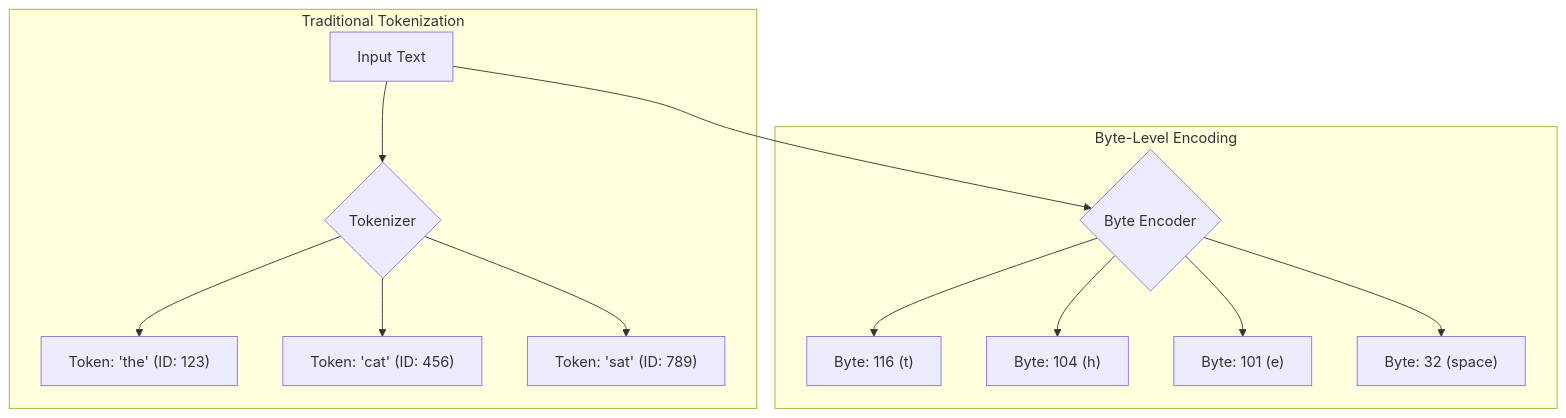
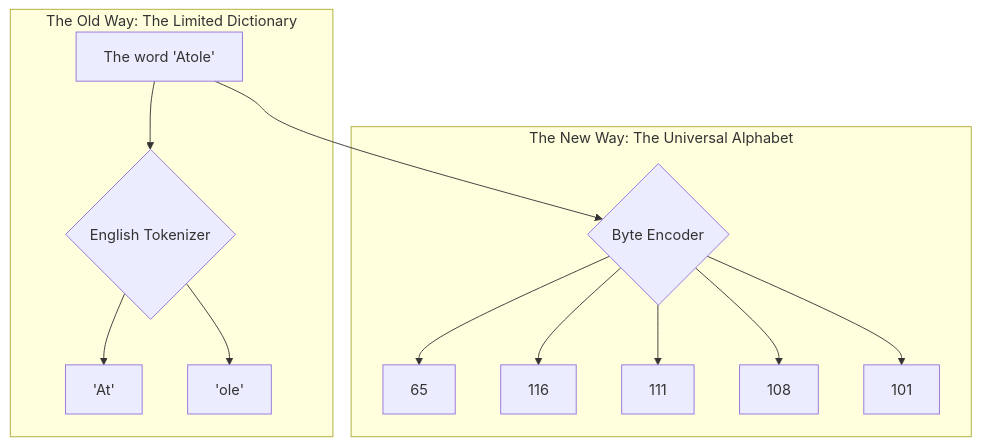
The first of 3 diagrams in _posts/2025-08-22-analyzing-bytes-for-llms.md (eltay89/eltay89.github.io), drawn with Mermaid before and after one commit. The commit also changed other lines of this file, not shown here.

````diff
--- a/_posts/2025-08-22-analyzing-bytes-for-llms.md
+++ b/_posts/2025-08-22-analyzing-bytes-for-llms.md
@@ -31,16 +28,17 @@
 ```mermaid
 graph TD
-    subgraph "Traditional Tokenization"
-        Input["Input Text"] --> Tokenizer{"Tokenizer"};
-        Tokenizer --> Token1["Token: 'the' (ID: 123)"];
-        Tokenizer --> Token2["Token: 'cat' (ID: 456)"];
-        Tokenizer --> Token3["Token: 'sat' (ID: 789)"];
+    subgraph "The Old Way: The Limited Dictionary"
+        A["The word 'Atole'" ] --> B{"English Tokenizer"};
+        B --> C["'At'"];
+        B --> D["'ole'"];
     end
-    subgraph "Byte-Level Encoding"
-        Input --> Encoder{"Byte Encoder"};
-        Encoder --> Byte1["Byte: 116 (t)"];
-        Encoder --> Byte2["Byte: 104 (h)"];
-        Encoder --> Byte3["Byte: 101 (e)"];
-        Encoder --> Byte4["Byte: 32 (space)"];
+
+    subgraph "The New Way: The Universal Alphabet"
+        A --> F{"Byte Encoder"};
+        F --> G["65"];
+        F --> H["116"];
+        F --> I["111"];
+        F --> J["108"];
+        F --> K["101"];
     end
 ```
````
